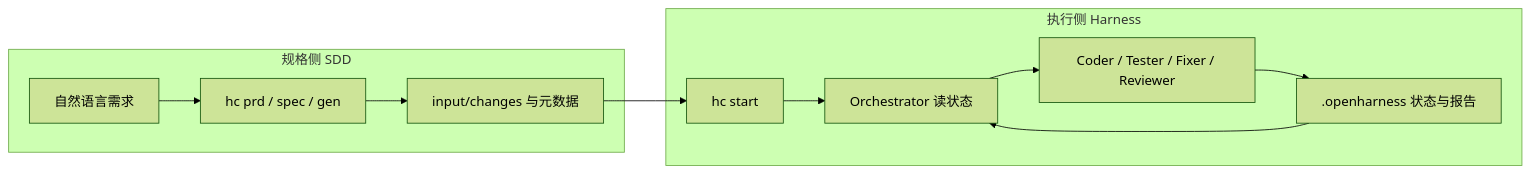
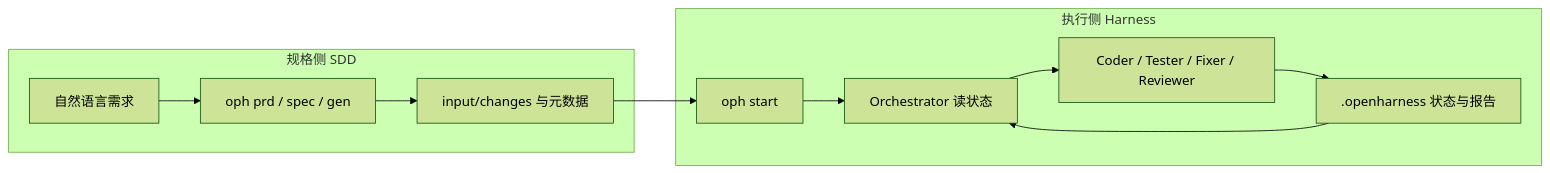
One commit to hahaxiang27/openHarness changed the diagram in README_CN.md. Above: the diagram before and after it, drawn with Mermaid (forest theme). The commit also changed other lines of this file and 11 other files, not shown here.

````diff
--- a/README_CN.md
+++ b/README_CN.md
@@ -70,14 +70,14 @@
 ```mermaid
 flowchart LR
   subgraph specLine [规格侧 SDD]
-    A[自然语言需求] --> B[hc prd / spec / gen]
+    A[自然语言需求] --> B[oph prd / spec / gen]
     B --> C["input/changes 与元数据"]
   end
   subgraph runLine [执行侧 Harness]
-    D[hc start] --> E[Orchestrator 读状态]
+    D[oph start] --> E[Orchestrator 读状态]
     E --> F[Coder / Tester / Fixer / Reviewer]
     F --> G[".openharness 状态与报告"]
   end
   C --> D
   G --> E
 ```
````
